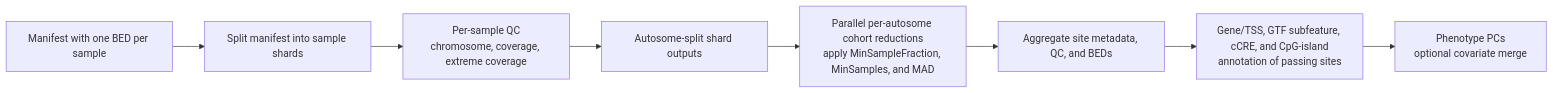
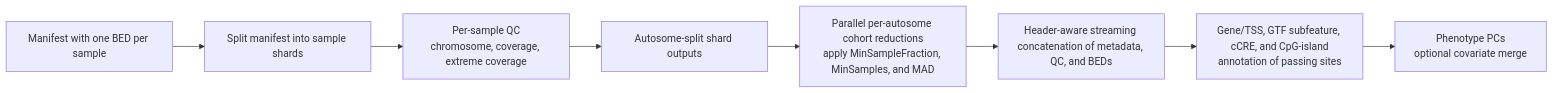
Before and after one commit to AoU-Multiomics-Analysis/prepare_QTL: the diagram in docs/methylation-qtl.md, drawn with Mermaid. The commit also changed other lines of this file and 6 other files, not shown here.

````diff
--- a/docs/methylation-qtl.md
+++ b/docs/methylation-qtl.md
@@ -37,10 +37,10 @@
 ```mermaid
 flowchart LR
     A["Manifest with one BED per sample"] --> B["Split manifest into sample shards"]
     B --> C["Per-sample QC\nchromosome, coverage, extreme coverage"]
     C --> D["Autosome-split shard outputs"]
     D --> E["Parallel per-autosome cohort reductions\napply MinSampleFraction, MinSamples, and MAD"]
-    E --> F["Aggregate site metadata, QC, and BEDs"]
+    E --> F["Header-aware streaming concatenation of metadata, QC, and BEDs"]
     F --> G["Gene/TSS, GTF subfeature, cCRE, and CpG-island\nannotation of passing sites"]
     G --> H["Phenotype PCs\noptional covariate merge"]
 ```
````
